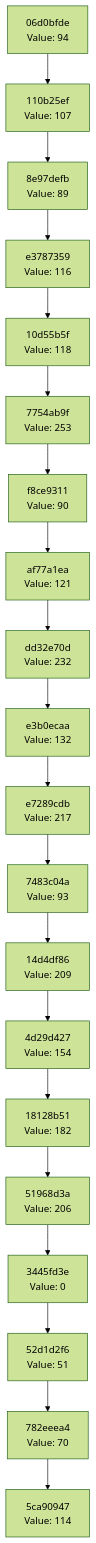
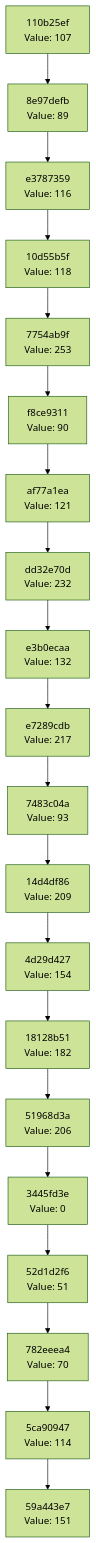
Before and after one commit to Abhisheksinha1506/hash-chain-evolver: the diagram in docs/CHAIN_VISUALIZATION.md, drawn with Mermaid (forest theme). The commit also changed 2 other files, not shown here.

Commit message:
Evolution Step

````diff
--- a/docs/CHAIN_VISUALIZATION.md
+++ b/docs/CHAIN_VISUALIZATION.md
@@ -3,42 +3,42 @@
 ```mermaid
 graph TD
-    C0["5ca90947<br/>Value: 114"]
-    C1["782eeea4<br/>Value: 70"]
+    C0["59a443e7<br/>Value: 151"]
+    C1["5ca90947<br/>Value: 114"]
     C1 --> C0
-    C2["52d1d2f6<br/>Value: 51"]
+    C2["782eeea4<br/>Value: 70"]
     C2 --> C1
-    C3["3445fd3e<br/>Value: 0"]
+    C3["52d1d2f6<br/>Value: 51"]
     C3 --> C2
-    C4["51968d3a<br/>Value: 206"]
+    C4["3445fd3e<br/>Value: 0"]
     C4 --> C3
-    C5["18128b51<br/>Value: 182"]
+    C5["51968d3a<br/>Value: 206"]
     C5 --> C4
-    C6["4d29d427<br/>Value: 154"]
+    C6["18128b51<br/>Value: 182"]
     C6 --> C5
-    C7["14d4df86<br/>Value: 209"]
+    C7["4d29d427<br/>Value: 154"]
     C7 --> C6
-    C8["7483c04a<br/>Value: 93"]
+    C8["14d4df86<br/>Value: 209"]
     C8 --> C7
-    C9["e7289cdb<br/>Value: 217"]
+    C9["7483c04a<br/>Value: 93"]
     C9 --> C8
-    C10["e3b0ecaa<br/>Value: 132"]
+    C10["e7289cdb<br/>Value: 217"]
     C10 --> C9
-    C11["dd32e70d<br/>Value: 232"]
+    C11["e3b0ecaa<br/>Value: 132"]
     C11 --> C10
-    C12["af77a1ea<br/>Value: 121"]
+    C12["dd32e70d<br/>Value: 232"]
     C12 --> C11
-    C13["f8ce9311<br/>Value: 90"]
+    C13["af77a1ea<br/>Value: 121"]
     C13 --> C12
-    C14["7754ab9f<br/>Value: 253"]
+    C14["f8ce9311<br/>Value: 90"]
     C14 --> C13
-    C15["10d55b5f<br/>Value: 118"]
+    C15["7754ab9f<br/>Value: 253"]
     C15 --> C14
-    C16["e3787359<br/>Value: 116"]
+    C16["10d55b5f<br/>Value: 118"]
     C16 --> C15
-    C17["8e97defb<br/>Value: 89"]
+    C17["e3787359<br/>Value: 116"]
     C17 --> C16
-    C18["110b25ef<br/>Value: 107"]
+    C18["8e97defb<br/>Value: 89"]
     C18 --> C17
-    C19["06d0bfde<br/>Value: 94"]
+    C19["110b25ef<br/>Value: 107"]
     C19 --> C18
 ```
````
